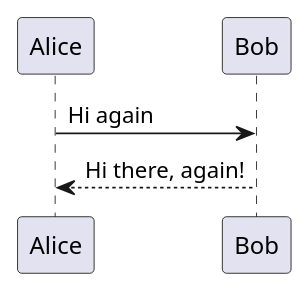
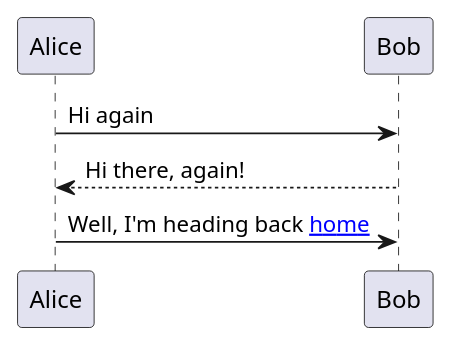
Before and after one commit to costateixeira/documentation: the second of 3 diagrams in diagrams.md, drawn with PlantUML.

````diff
--- a/diagrams.md
+++ b/diagrams.md
@@ -24,4 +24,5 @@
 ```plantuml!
 Alice -> Bob: Hi again
-Bob --> Alice: Hi there, again!
+Bob --> Alice: Hi there, again! 
+Alice -> Bob: Well, I'm heading back [[https://costateixeira.github.io/documentation/{This is the way home} home]]
 ```
````
